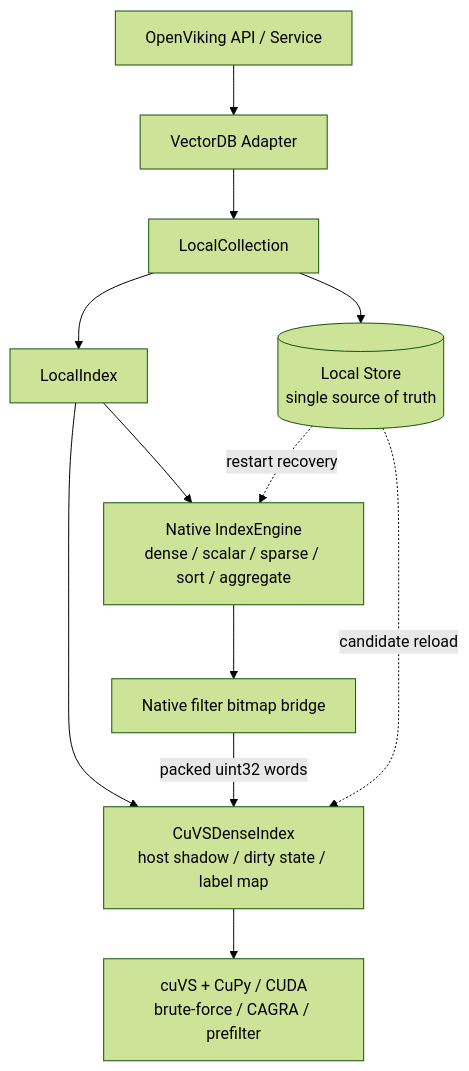
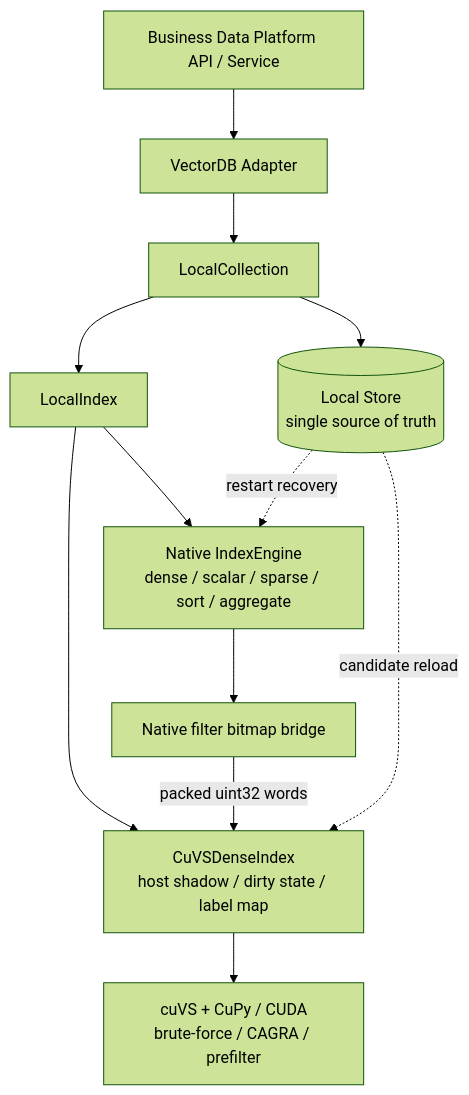
Before and after one commit to yenchang265-afk/OpenViking: the first of 3 diagrams in docs/design/openviking-cuvs-integration-plan.md, drawn with Mermaid (forest theme). The commit also changed other lines of this file and 1144 other files, not shown here.

First line of the commit message:
chore: rebrand product display name to Business Data Platform

````diff
--- a/docs/design/openviking-cuvs-integration-plan.md
+++ b/docs/design/openviking-cuvs-integration-plan.md
@@ -56,18 +56,18 @@
 ```mermaid
 flowchart TD
-    API[OpenViking API / Service] --> Adapter[VectorDB Adapter]
+    API[Business Data Platform API / Service] --> Adapter[VectorDB Adapter]
     Adapter --> Collection[LocalCollection]
 
     Collection --> Store[(Local Store<br/>single source of truth)]
     Collection --> LocalIndex[LocalIndex]
 
     LocalIndex --> Native[Native IndexEngine<br/>dense / scalar / sparse / sort / aggregate]
     LocalIndex --> Shadow[CuVSDenseIndex<br/>host shadow / dirty state / label map]
 
     Native --> Bridge[Native filter bitmap bridge]
     Bridge -->|packed uint32 words| Shadow
     Shadow --> GPU[cuVS + CuPy / CUDA<br/>brute-force / CAGRA / prefilter]
 
     Store -. restart recovery .-> Native
     Store -. candidate reload .-> Shadow
 ```
````
